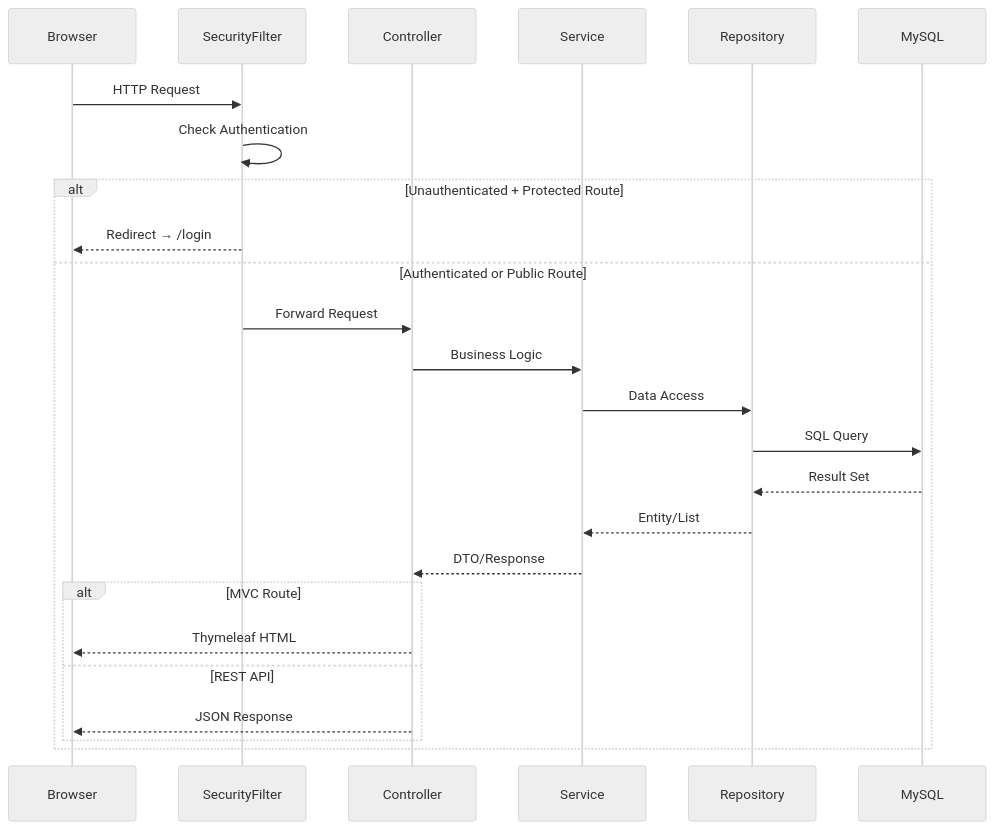
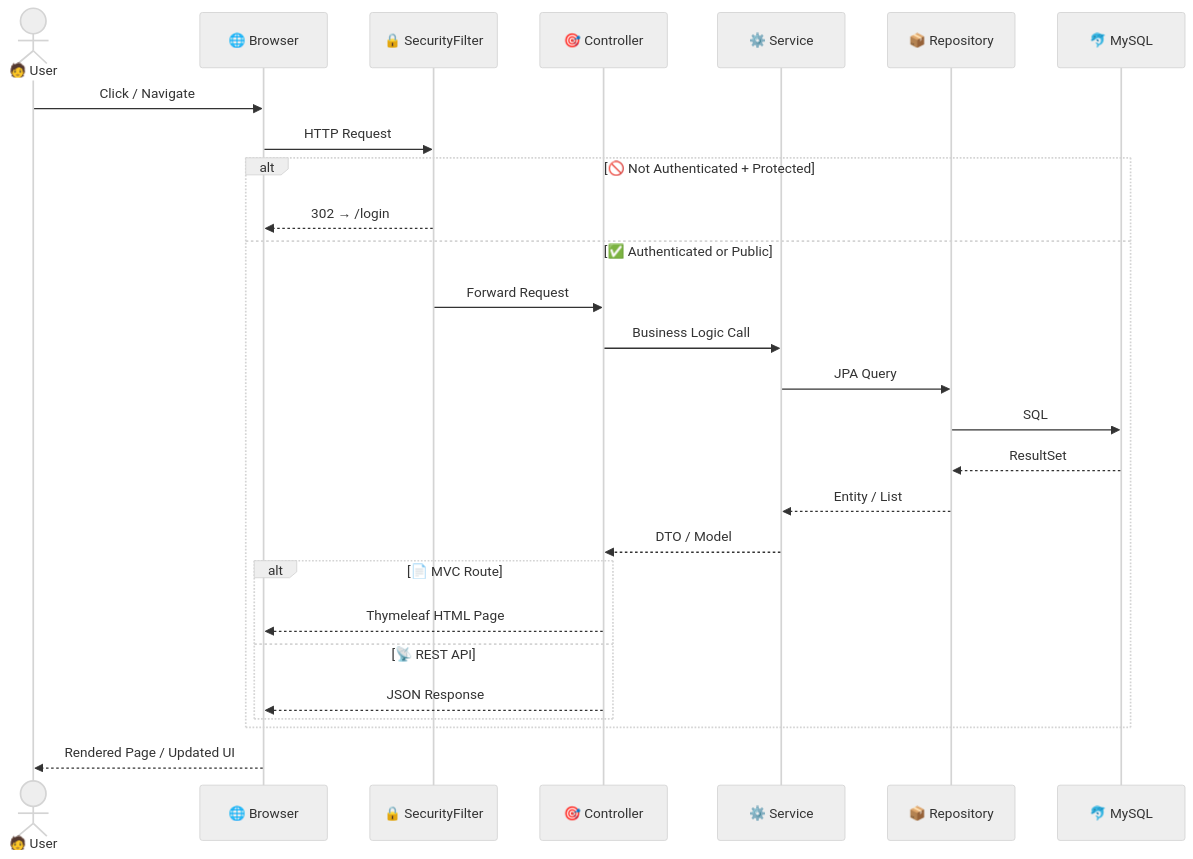
One commit to FlynnRyder29/RevPlay_Web_App changed the fourth of 9 diagrams in docs/architecture.md. Above: the diagram before and after it, drawn with Mermaid (neutral theme). The commit also changed other lines of this file and 1 other file, not shown here.

````diff
--- a/docs/architecture.md
+++ b/docs/architecture.md
@@ -346,28 +371,33 @@
 ```mermaid
 sequenceDiagram
-    participant B as Browser
-    participant S as SecurityFilter
-    participant C as Controller
-    participant SV as Service
-    participant R as Repository
-    participant DB as MySQL
+    actor User as 🧑 User
+    participant Browser as 🌐 Browser
+    participant Security as 🔒 SecurityFilter
+    participant Controller as 🎯 Controller
+    participant Service as ⚙️ Service
+    participant Repository as 📦 Repository
+    participant MySQL as 🐬 MySQL
 
-    B->>S: HTTP Request
-    S->>S: Check Authentication
-    alt Unauthenticated + Protected Route
-        S-->>B: Redirect → /login
-    else Authenticated or Public Route
-        S->>C: Forward Request
-        C->>SV: Business Logic
-        SV->>R: Data Access
-        R->>DB: SQL Query
-        DB-->>R: Result Set
-        R-->>SV: Entity/List
-        SV-->>C: DTO/Response
-        alt MVC Route
-            C-->>B: Thymeleaf HTML
-        else REST API
-            C-->>B: JSON Response
+    User->>Browser: Click / Navigate
+    Browser->>Security: HTTP Request
+
+    alt 🚫 Not Authenticated + Protected
+        Security-->>Browser: 302 → /login
+    else ✅ Authenticated or Public
+        Security->>Controller: Forward Request
+        Controller->>Service: Business Logic Call
+        Service->>Repository: JPA Query
+        Repository->>MySQL: SQL
+        MySQL-->>Repository: ResultSet
+        Repository-->>Service: Entity / List
+        Service-->>Controller: DTO / Model
+
+        alt 📄 MVC Route
+            Controller-->>Browser: Thymeleaf HTML Page
+        else 📡 REST API
+            Controller-->>Browser: JSON Response
         end
     end
+
+    Browser-->>User: Rendered Page / Updated UI
 ```
````
